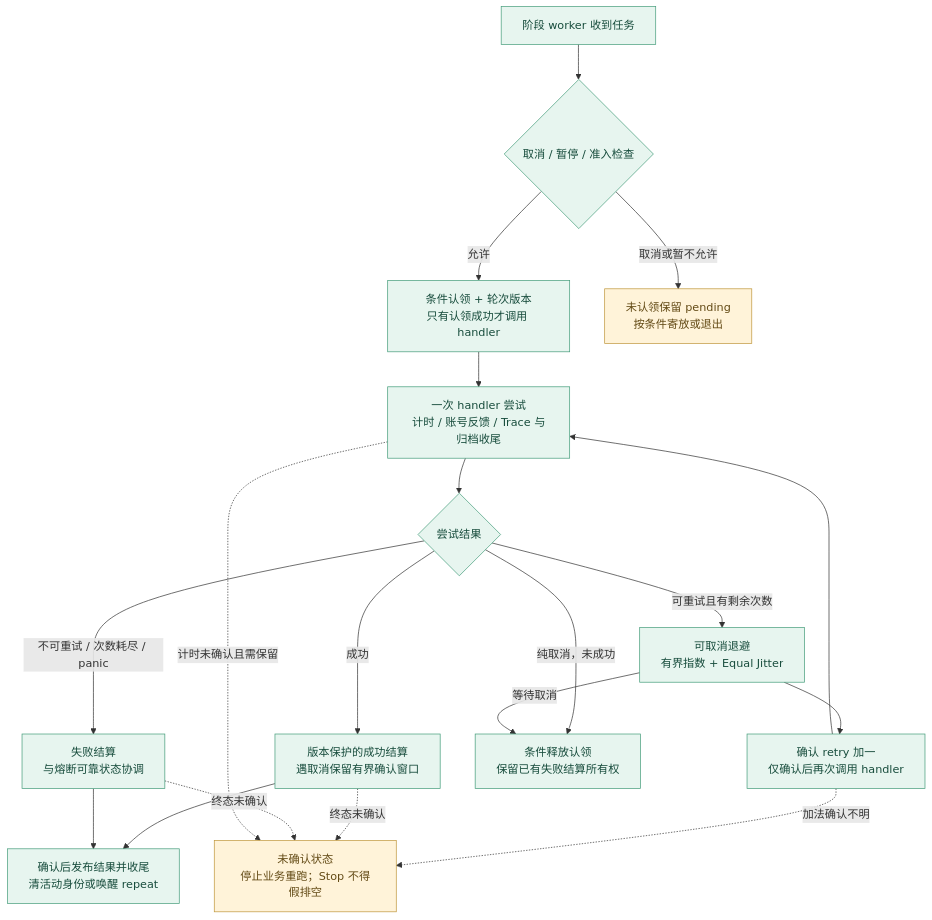
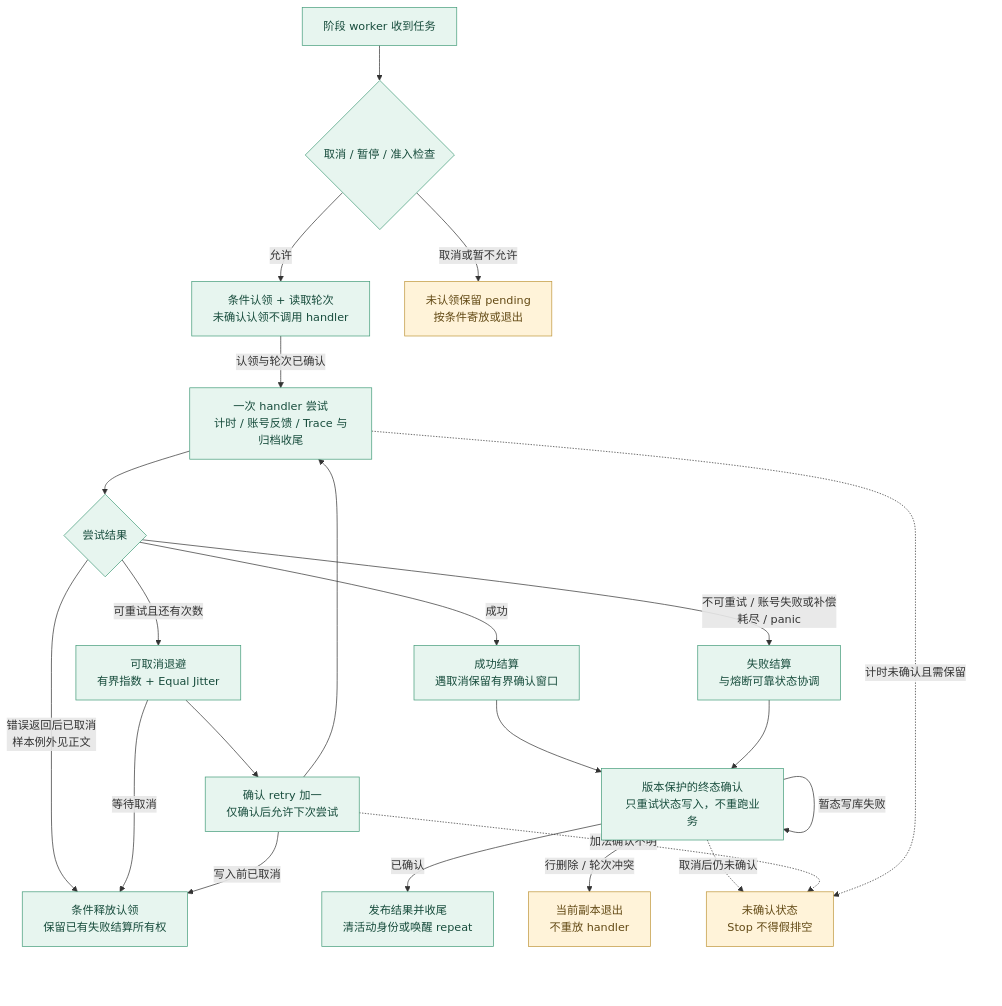
The diagram in docs/assets/diagrams/09-engine-execution.mmd (ydtg1993/papa), drawn with Mermaid before and after one commit. The commit also changed 11 other files, not shown here.

```diff
--- a/docs/assets/diagrams/09-engine-execution.mmd
+++ b/docs/assets/diagrams/09-engine-execution.mmd
@@ -1,22 +1,25 @@
 flowchart TB
     A["阶段 worker 收到任务"] --> B{"取消 / 暂停 / 准入检查"}
-    B -->|允许| C["条件认领 + 轮次版本<br/>只有认领成功才调用 handler"]
+    B -->|允许| C["条件认领 + 读取轮次<br/>未确认认领不调用 handler"]
     B -->|取消或暂不允许| K["未认领保留 pending<br/>按条件寄放或退出"]
-    C --> H["一次 handler 尝试<br/>计时 / 账号反馈 / Trace 与归档收尾"]
+    C -->|认领与轮次已确认| H["一次 handler 尝试<br/>计时 / 账号反馈 / Trace 与归档收尾"]
     H --> J{"尝试结果"}
-    J -->|可重试且有剩余次数| D["可取消退避<br/>有界指数 + Equal Jitter"]
-    D --> I["确认 retry 加一<br/>仅确认后再次调用 handler"] --> H
-    J -->|成功| S["版本保护的成功结算<br/>遇取消保留有界确认窗口"]
-    J -->|不可重试 / 次数耗尽 / panic| F["失败结算<br/>与熔断可靠状态协调"]
-    J -->|纯取消，未成功| R["条件释放认领<br/>保留已有失败结算所有权"]
-    S --> T["确认后发布结果并收尾<br/>清活动身份或唤醒 repeat"]
-    F --> T
-    I -.->|加法确认不明| U["未确认状态<br/>停止业务重跑；Stop 不得假排空"]
-    S -.->|终态未确认| U
-    F -.->|终态未确认| U
+    J -->|可重试且还有次数| D["可取消退避<br/>有界指数 + Equal Jitter"]
+    D --> I["确认 retry 加一<br/>仅确认后允许下次尝试"] --> H
+    J -->|成功| S["成功结算<br/>遇取消保留有界确认窗口"]
+    J -->|不可重试 / 账号失败或补偿<br/>耗尽 / panic| F["失败结算<br/>与熔断可靠状态协调"]
+    J -->|错误返回后已取消<br/>样本例外见正文| R["条件释放认领<br/>保留已有失败结算所有权"]
+    S --> P["版本保护的终态确认<br/>只重试状态写入，不重跑业务"]
+    F --> P
+    P -->|暂态写库失败| P
+    P -->|已确认| T["发布结果并收尾<br/>清活动身份或唤醒 repeat"]
+    P -->|行删除 / 轮次冲突| EXIT["当前副本退出<br/>不重放 handler"]
+    P -.->|取消后仍未确认| U["未确认状态<br/>Stop 不得假排空"]
+    I -.->|加法确认不明| U
     H -.->|计时未确认且需保留| U
     D -->|等待取消| R
+    I -->|写入前已取消| R
     classDef runtime fill:#e7f5ef,color:#174c3c,stroke:#449c7a;
     classDef observe fill:#fff3d9,color:#634a15,stroke:#bf963b;
-    class A,B,C,H,J,D,I,S,F,R,T runtime;
-    class K,U observe;
+    class A,B,C,H,J,D,I,S,F,P,R,T runtime;
+    class K,U,EXIT observe;
```
